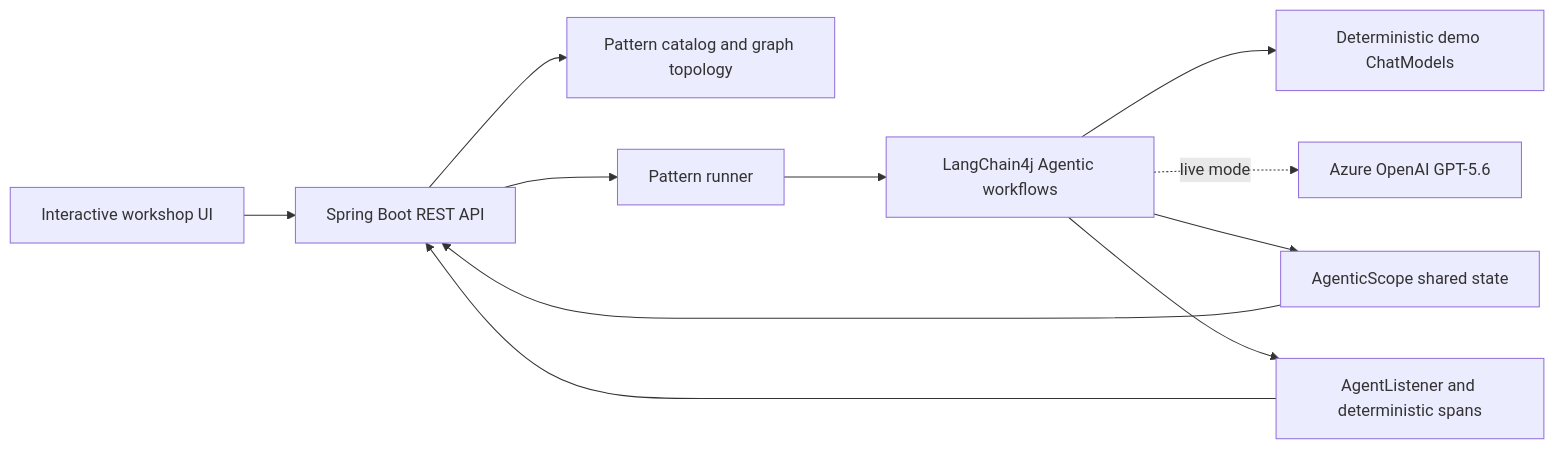
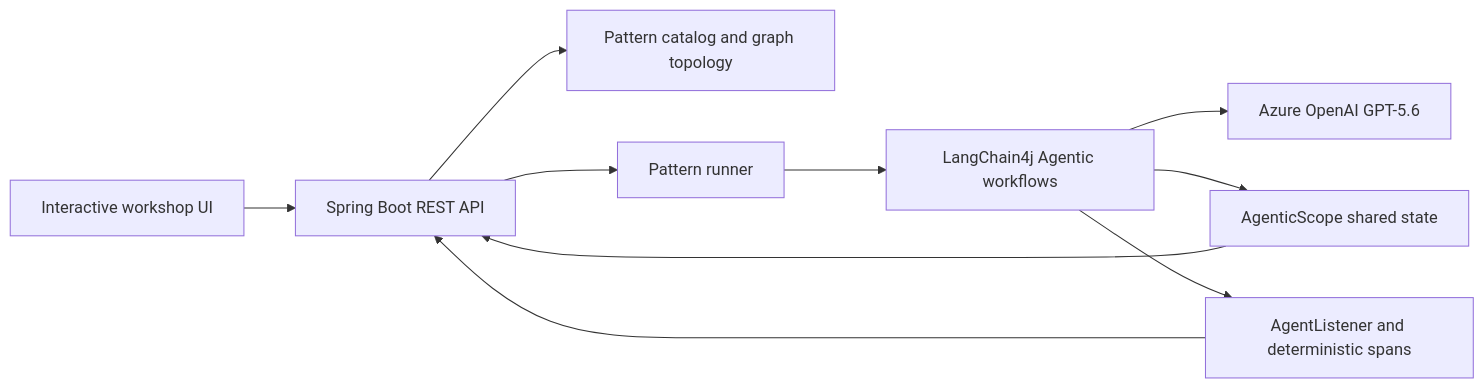
The first of 2 diagrams in README.md (roryp/token-design-patterns), drawn with Mermaid before and after one commit. The commit also changed other lines of this file and 16 other files, not shown here.

````diff
--- a/README.md
+++ b/README.md
@@ -143,13 +135,12 @@
 ```mermaid
 flowchart LR
     Browser[Interactive workshop UI] --> API[Spring Boot REST API]
     API --> Catalog[Pattern catalog and graph topology]
     API --> Runner[Pattern runner]
     Runner --> Agentic[LangChain4j Agentic workflows]
-    Agentic --> Demo[Deterministic demo ChatModels]
-    Agentic -. live mode .-> AzureModels[Azure OpenAI GPT-5.6]
+    Agentic --> AzureModels[Azure OpenAI GPT-5.6]
     Agentic --> Scope[AgenticScope shared state]
     Agentic --> Trace[AgentListener and deterministic spans]
     Scope --> API
     Trace --> API
 ```
````
